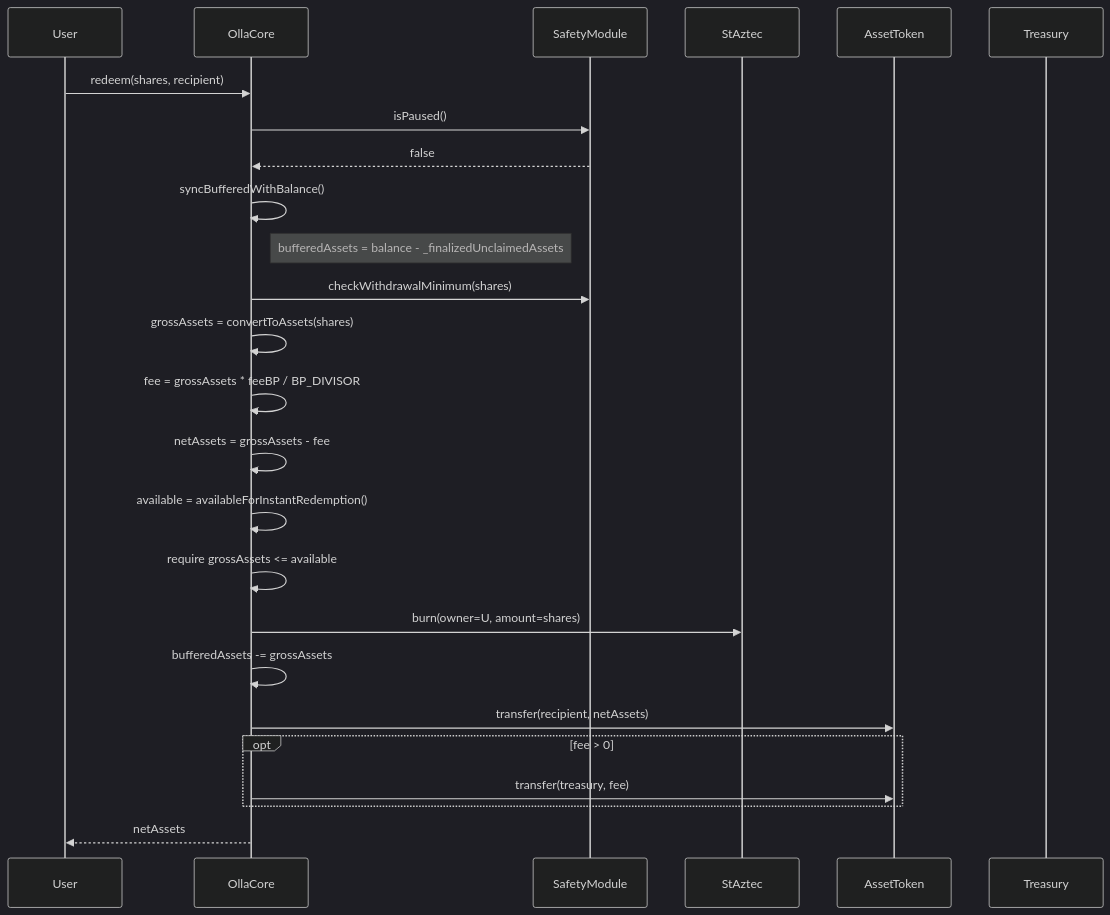
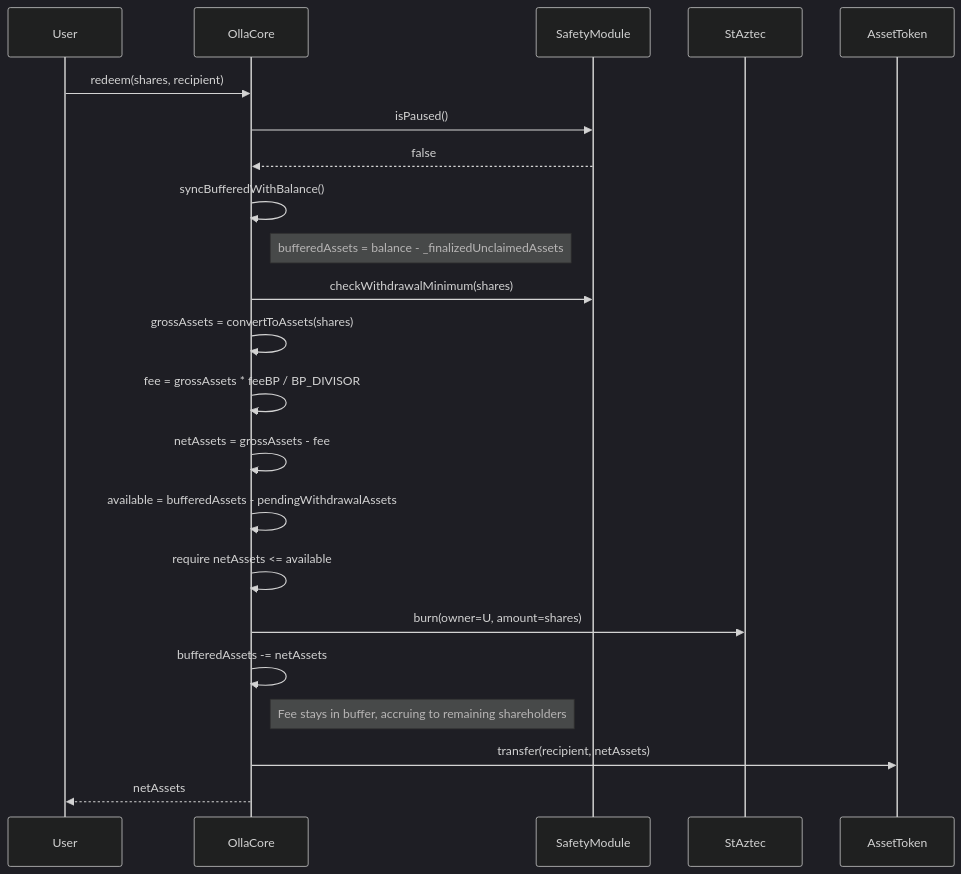
One commit to ollafinance/core changed the third of 3 diagrams in docs/user-actions.md. Above: the diagram before and after it, drawn with Mermaid (dark theme). The commit also changed 5 other files, not shown here.

First line of the commit message:
fix: absorb instant redemption fee into protocol and exclude pending withdrawals from available buffer (#316)

````diff
--- a/docs/user-actions.md
+++ b/docs/user-actions.md
@@ -64,28 +64,25 @@
 ```mermaid
 sequenceDiagram
     participant U as User
     participant C as OllaCore
     participant SAF as SafetyModule
     participant ST as StAztec
     participant AZ as AssetToken
-    participant T as Treasury
 
     U->>C: redeem(shares, recipient)
     C->>SAF: isPaused()
     SAF-->>C: false
     C->>C: syncBufferedWithBalance()
     Note right of C: bufferedAssets = balance - _finalizedUnclaimedAssets
     C->>SAF: checkWithdrawalMinimum(shares)
     C->>C: grossAssets = convertToAssets(shares)
     C->>C: fee = grossAssets * feeBP / BP_DIVISOR
     C->>C: netAssets = grossAssets - fee
-    C->>C: available = availableForInstantRedemption()
-    C->>C: require grossAssets <= available
+    C->>C: available = bufferedAssets - pendingWithdrawalAssets
+    C->>C: require netAssets <= available
     C->>ST: burn(owner=U, amount=shares)
-    C->>C: bufferedAssets -= grossAssets
+    C->>C: bufferedAssets -= netAssets
+    Note right of C: Fee stays in buffer, accruing to remaining shareholders
     C->>AZ: transfer(recipient, netAssets)
-    opt fee > 0
-        C->>AZ: transfer(treasury, fee)
-    end
     C-->>U: netAssets
 ```
````
